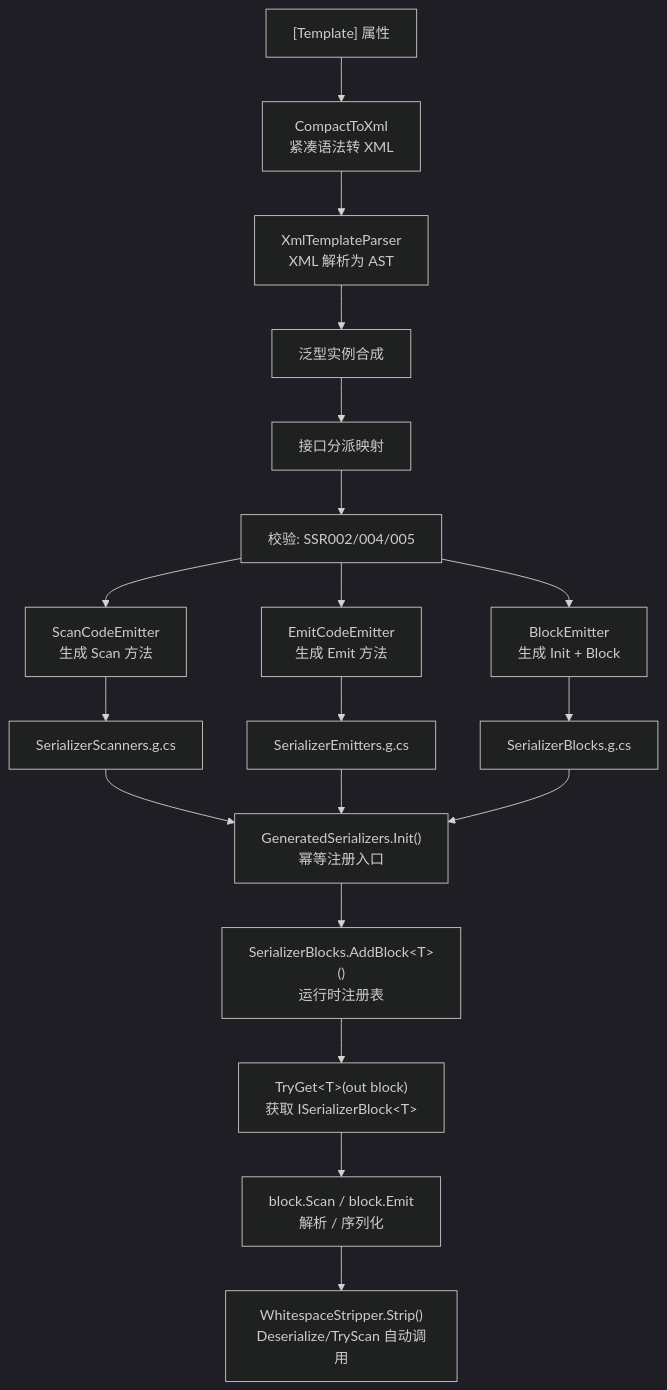
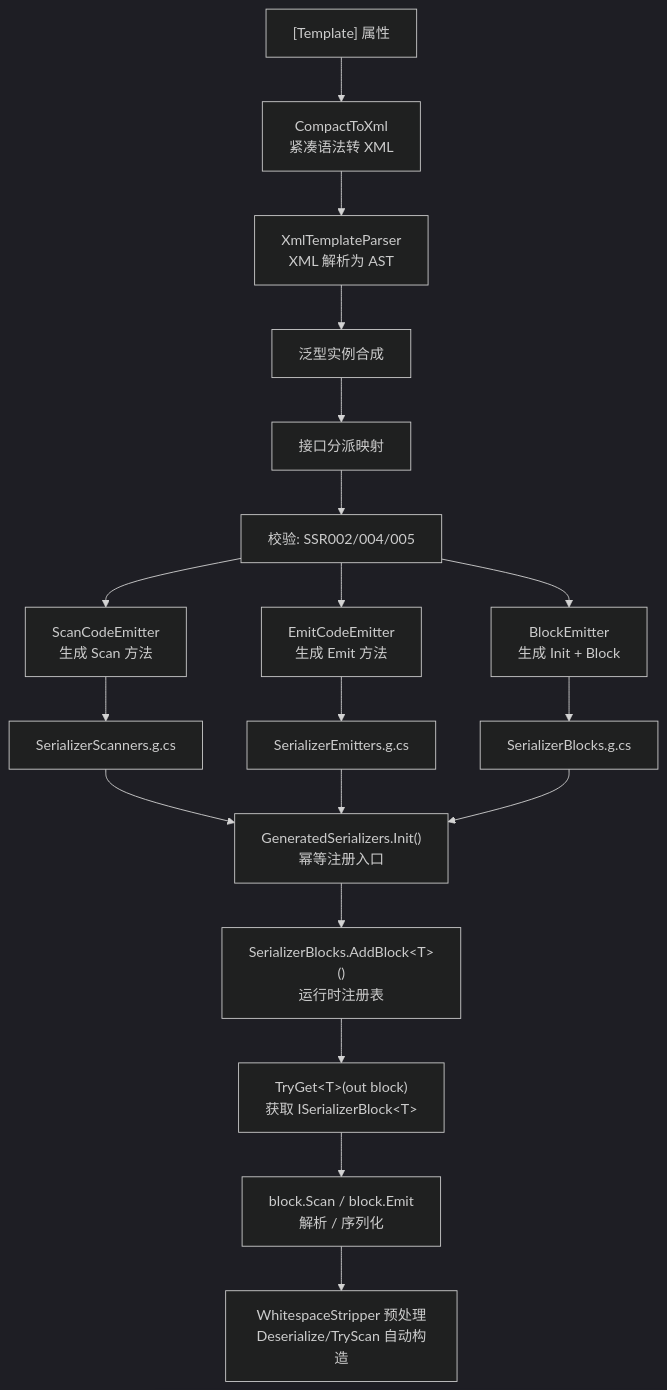
The first of 2 diagrams in docs/guide/core-concepts.md (twds0x13/SourceSerializer), drawn with Mermaid (dark theme) before and after one commit. The commit also changed other lines of this file and 26 other files, not shown here.

First line of the commit message:
refactor: replace WhitespaceStripper.Strip with ref struct + native memory

````diff
--- a/docs/guide/core-concepts.md
+++ b/docs/guide/core-concepts.md
@@ -9,21 +9,21 @@
 ```mermaid
 flowchart TD
     A["[Template] 属性"] --> B["CompactToXml<br/>紧凑语法转 XML"]
     B --> C["XmlTemplateParser<br/>XML 解析为 AST"]
     C --> E["泛型实例合成"]
     E --> F["接口分派映射"]
     F --> G["校验: SSR002/004/005"]
     G --> H["ScanCodeEmitter<br/>生成 Scan 方法"]
     G --> I["EmitCodeEmitter<br/>生成 Emit 方法"]
     G --> J["BlockEmitter<br/>生成 Init + Block"]
     H --> K["SerializerScanners.g.cs"]
     I --> L["SerializerEmitters.g.cs"]
     J --> M["SerializerBlocks.g.cs"]
     K --> N["GeneratedSerializers.Init()<br/>幂等注册入口"]
     L --> N
     M --> N
     N --> O["SerializerBlocks.AddBlock&lt;T&gt;()<br/>运行时注册表"]
     O --> P["TryGet&lt;T&gt;(out block)<br/>获取 ISerializerBlock&lt;T&gt;"]
     P --> Q["block.Scan / block.Emit<br/>解析 / 序列化"]
-    Q --> R["WhitespaceStripper.Strip()<br/>Deserialize/TryScan 自动调用"]
+    Q --> R["WhitespaceStripper 预处理<br/>Deserialize/TryScan 自动构造"]
 ```
````
